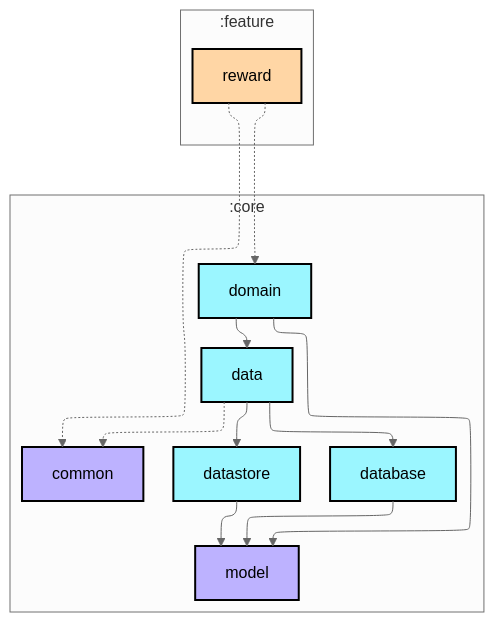
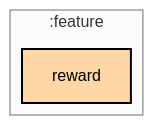
One commit to Sunior-k/walklog changed the first of 2 diagrams in feature/reward/README.md. Above: the diagram before and after it, drawn with Mermaid (neutral theme). The commit also changed 52 other files, not shown here.

````diff
--- a/feature/reward/README.md
+++ b/feature/reward/README.md
@@ -6,39 +6,19 @@
 ```mermaid
 ---
 config:
   layout: elk
   elk:
     nodePlacementStrategy: SIMPLE
 ---
 graph TB
   subgraph :feature
     direction TB
     :feature:reward[reward]:::android-feature
   end
 
-  subgraph :core
-    direction TB
-    :core:domain[domain]:::android-library
-    :core:data[data]:::android-library
-    :core:database[database]:::android-library
-    :core:datastore[datastore]:::android-library
-    :core:common[common]:::jvm-library
-    :core:model[model]:::jvm-library
-  end
-
-  :feature:reward -.-> :core:domain
-  :feature:reward -.-> :core:common
-  :core:domain --> :core:data
-  :core:domain --> :core:model
-  :core:data --> :core:database
-  :core:data --> :core:datastore
-  :core:data -.-> :core:common
-  :core:database --> :core:model
-  :core:datastore --> :core:model
-
 classDef android-application fill:#CAFFBF,stroke:#000,stroke-width:2px,color:#000;
 classDef android-feature fill:#FFD6A5,stroke:#000,stroke-width:2px,color:#000;
 classDef android-library fill:#9BF6FF,stroke:#000,stroke-width:2px,color:#000;
 classDef android-test fill:#A0C4FF,stroke:#000,stroke-width:2px,color:#000;
 classDef jvm-library fill:#BDB2FF,stroke:#000,stroke-width:2px,color:#000;
 ```
````
